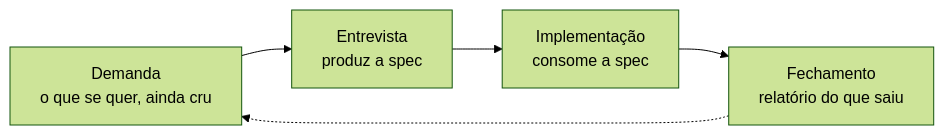
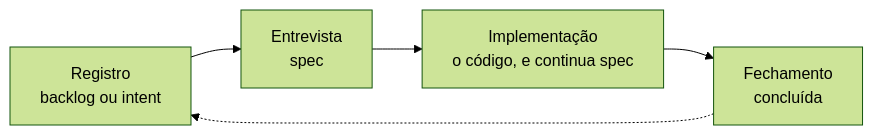
One commit to hmaurus/skills changed the diagram in README.md. Above: the diagram before and after it, drawn with Mermaid (forest theme). The commit also changed other lines of this file and 12 other files, not shown here.

````diff
--- a/README.md
+++ b/README.md
@@ -87,9 +87,9 @@
 ```mermaid
 flowchart LR
-  D[Demanda<br/>o que se quer, ainda cru]
-  E[Entrevista<br/>produz a spec]
-  I[Implementação<br/>consome a spec]
-  F[Fechamento<br/>relatório do que saiu]
-  D --> E --> I --> F
-  F -.-> D
+  R[Registro<br/>backlog ou intent]
+  E[Entrevista<br/>spec]
+  I[Implementação<br/>o código, e continua spec]
+  F[Fechamento<br/>concluída]
+  R --> E --> I --> F
+  F -.-> R
 ```
````
